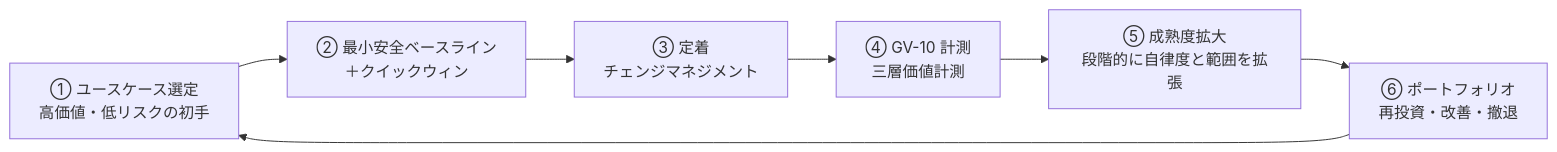
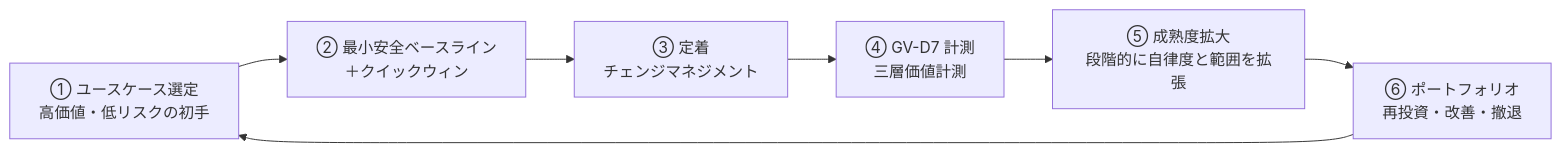
One commit to shibuiwilliam/enterprise-agent-reference-architectures changed the diagram in docs/index.md. Above: the diagram before and after it, drawn with Mermaid. The commit also changed other lines of this file and 261 other files, not shown here.

````diff
--- a/docs/index.md
+++ b/docs/index.md
@@ -64,16 +59,16 @@
 ```mermaid
 flowchart LR
     SELECT["① ユースケース選定<br/>高価値・低リスクの初手"]
     RECIPE["② 最小安全ベースライン<br/>＋クイックウィン"]
     ADOPT["③ 定着<br/>チェンジマネジメント"]
-    MEASURE["④ GV-10 計測<br/>三層価値計測"]
+    MEASURE["④ GV-D7 計測<br/>三層価値計測"]
     MATURE["⑤ 成熟度拡大<br/>段階的に自律度と範囲を拡張"]
     PORTFOLIO["⑥ ポートフォリオ<br/>再投資・改善・撤退"]
 
     SELECT --> RECIPE
     RECIPE --> ADOPT
     ADOPT --> MEASURE
     MEASURE --> MATURE
     MATURE --> PORTFOLIO
     PORTFOLIO --> SELECT
 ```
````
